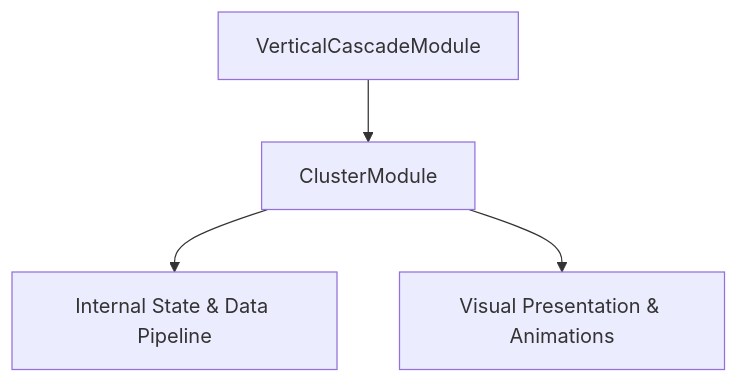
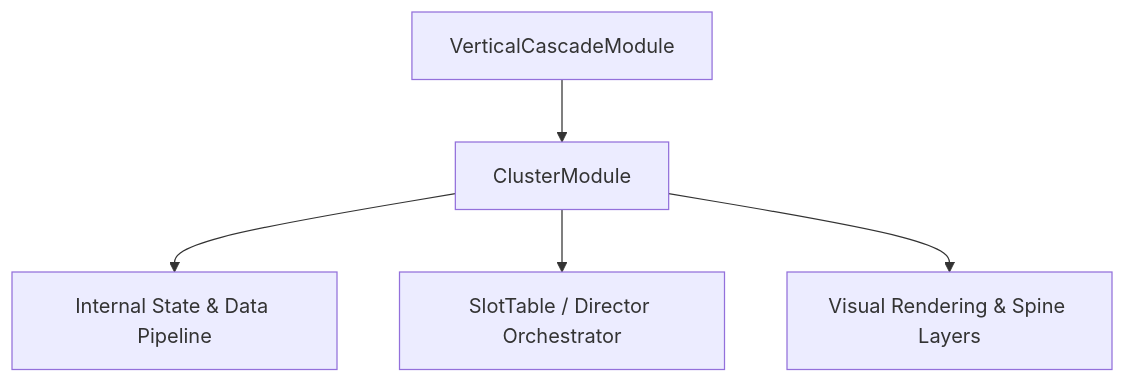
One commit to lam-ark/mcp-fwcc changed the diagram in docs/cc_slot_mechanics/modules/ClusterModule/01_overview/01_architecture_and_role.md. Above: the diagram before and after it, drawn with Mermaid. The commit also changed other lines of this file and 2509 other files, not shown here.

````diff
--- a/docs/cc_slot_mechanics/modules/ClusterModule/01_overview/01_architecture_and_role.md
+++ b/docs/cc_slot_mechanics/modules/ClusterModule/01_overview/01_architecture_and_role.md
@@ -18,6 +24,7 @@
 ```mermaid
 graph TD
-    Parent[VerticalCascadeModule] --> Mod[ClusterModule]
-    Mod --> State[Internal State & Data Pipeline]
-    Mod --> Render[Visual Presentation & Animations]
+    SuperClass[VerticalCascadeModule] --> TargetClass[ClusterModule]
+    TargetClass --> DataPipeline[Internal State & Data Pipeline]
+    TargetClass --> Orchestrator[SlotTable / Director Orchestrator]
+    TargetClass --> ViewLayer[Visual Rendering & Spine Layers]
 ```
````
